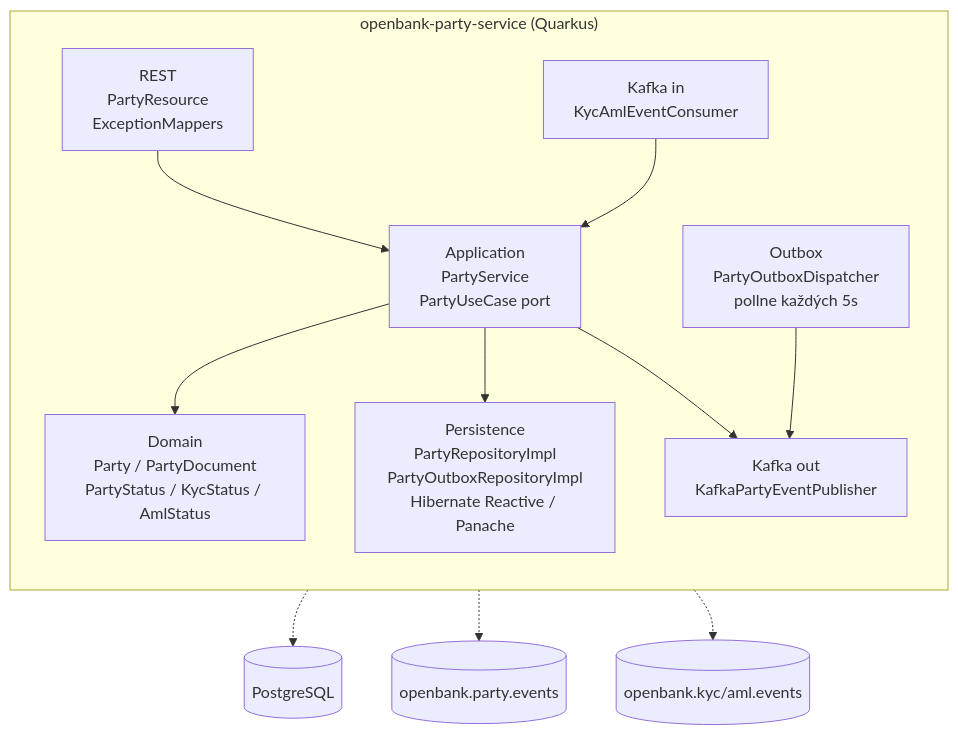
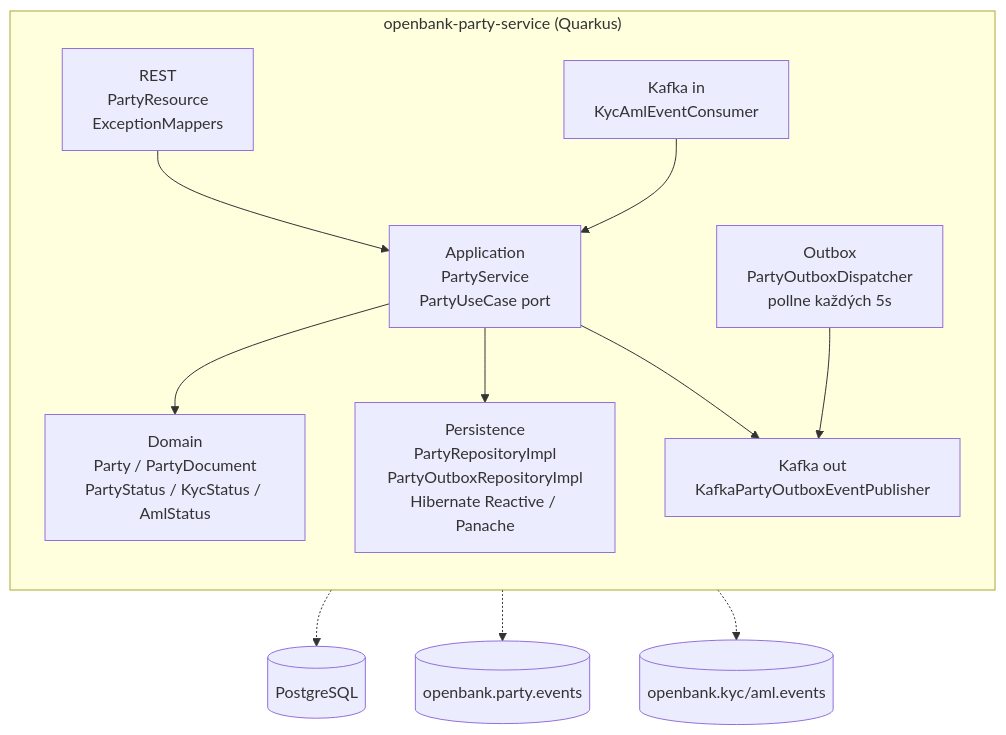
Before and after one commit to JiRaska/open-bank-oss: the second of 3 diagrams in openbank-party-service/src/main/resources/docs/02-architecture.cs.md, drawn with Mermaid. The commit also changed other lines of this file and 20 other files, not shown here.

````diff
--- a/openbank-party-service/src/main/resources/docs/02-architecture.cs.md
+++ b/openbank-party-service/src/main/resources/docs/02-architecture.cs.md
@@ -42,24 +42,24 @@
 ```mermaid
 graph TB
   subgraph "openbank-party-service (Quarkus)"
     direction TB
     rest[REST<br/>PartyResource<br/>ExceptionMappers]
     uc[Application<br/>PartyService<br/>PartyUseCase port]
     dom[Domain<br/>Party / PartyDocument<br/>PartyStatus / KycStatus / AmlStatus]
     persist[Persistence<br/>PartyRepositoryImpl<br/>PartyOutboxRepositoryImpl<br/>Hibernate Reactive / Panache]
     outbox[Outbox<br/>PartyOutboxDispatcher<br/>pollne každých 5s]
     consumer[Kafka in<br/>KycAmlEventConsumer]
-    producer[Kafka out<br/>KafkaPartyEventPublisher]
+    producer[Kafka out<br/>KafkaPartyOutboxEventPublisher]
   end
 
   rest --> uc
   uc --> dom
   uc --> persist
   uc --> producer
   consumer --> uc
   outbox --> producer
 
   persist -.-> db[(PostgreSQL)]
   producer -.-> kafkaOut[(openbank.party.events)]
   consumer -.-> kafkaIn[(openbank.kyc/aml.events)]
 ```
````
